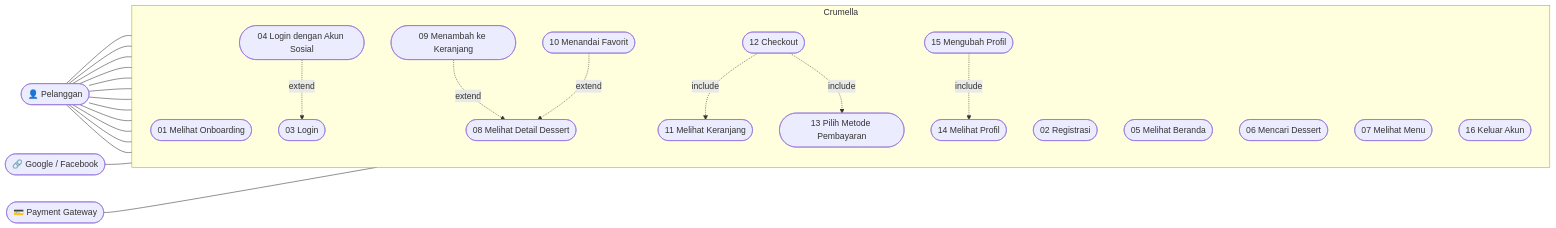
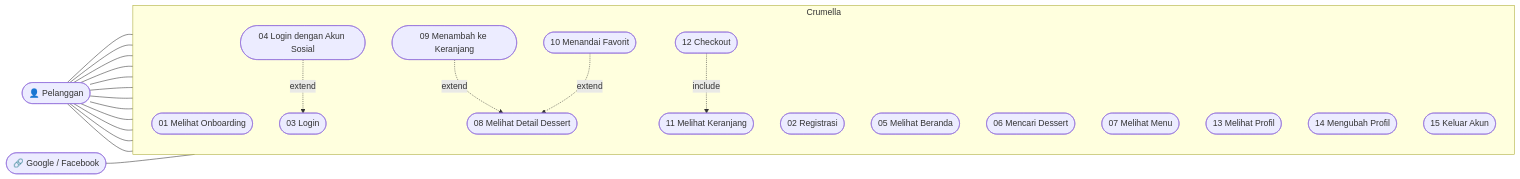
The first of 16 diagrams in Sprint-2/Use Case Diagram Crumella.md (RPLUNIT052026/Kelompok-7), drawn with Mermaid before and after one commit. The commit also changed other lines of this file, not shown here.

Commit message:
Update Use Case Diagram Crumella.md

````diff
--- a/Sprint-2/Use Case Diagram Crumella.md
+++ b/Sprint-2/Use Case Diagram Crumella.md
@@ -37,48 +37,43 @@
 ```mermaid
 flowchart LR
     Pelanggan(["👤 Pelanggan"])
     Sosial(["🔗 Google / Facebook"])
-    Payment(["💳 Payment Gateway"])
 
     subgraph Sistem["Crumella"]
         direction TB
         UC01(["01 Melihat Onboarding"])
         UC02(["02 Registrasi"])
         UC03(["03 Login"])
         UC04(["04 Login dengan Akun Sosial"])
         UC05(["05 Melihat Beranda"])
         UC06(["06 Mencari Dessert"])
         UC07(["07 Melihat Menu"])
         UC08(["08 Melihat Detail Dessert"])
         UC09(["09 Menambah ke Keranjang"])
         UC10(["10 Menandai Favorit"])
         UC11(["11 Melihat Keranjang"])
         UC12(["12 Checkout"])
-        UC13(["13 Pilih Metode Pembayaran"])
-        UC14(["14 Melihat Profil"])
-        UC15(["15 Mengubah Profil"])
-        UC16(["16 Keluar Akun"])
+        UC13(["13 Melihat Profil"])
+        UC14(["14 Mengubah Profil"])
+        UC15(["15 Keluar Akun"])
     end
 
     Pelanggan --- UC01
     Pelanggan --- UC02
     Pelanggan --- UC03
     Pelanggan --- UC05
     Pelanggan --- UC06
     Pelanggan --- UC07
     Pelanggan --- UC08
     Pelanggan --- UC11
     Pelanggan --- UC12
+    Pelanggan --- UC13
     Pelanggan --- UC14
     Pelanggan --- UC15
-    Pelanggan --- UC16
     Sosial --- UC04
-    Payment --- UC13
 
     UC04 -. extend .-> UC03
     UC09 -. extend .-> UC08
     UC10 -. extend .-> UC08
     UC12 -. include .-> UC11
-    UC12 -. include .-> UC13
-    UC15 -. include .-> UC14
 ```
````
